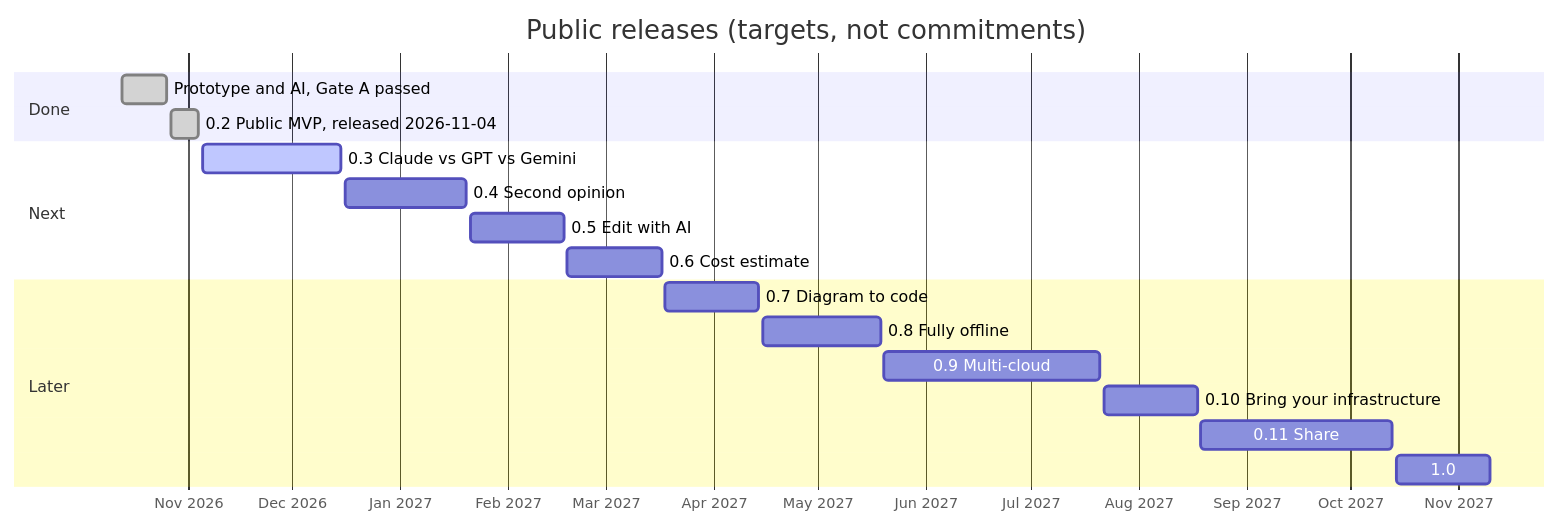
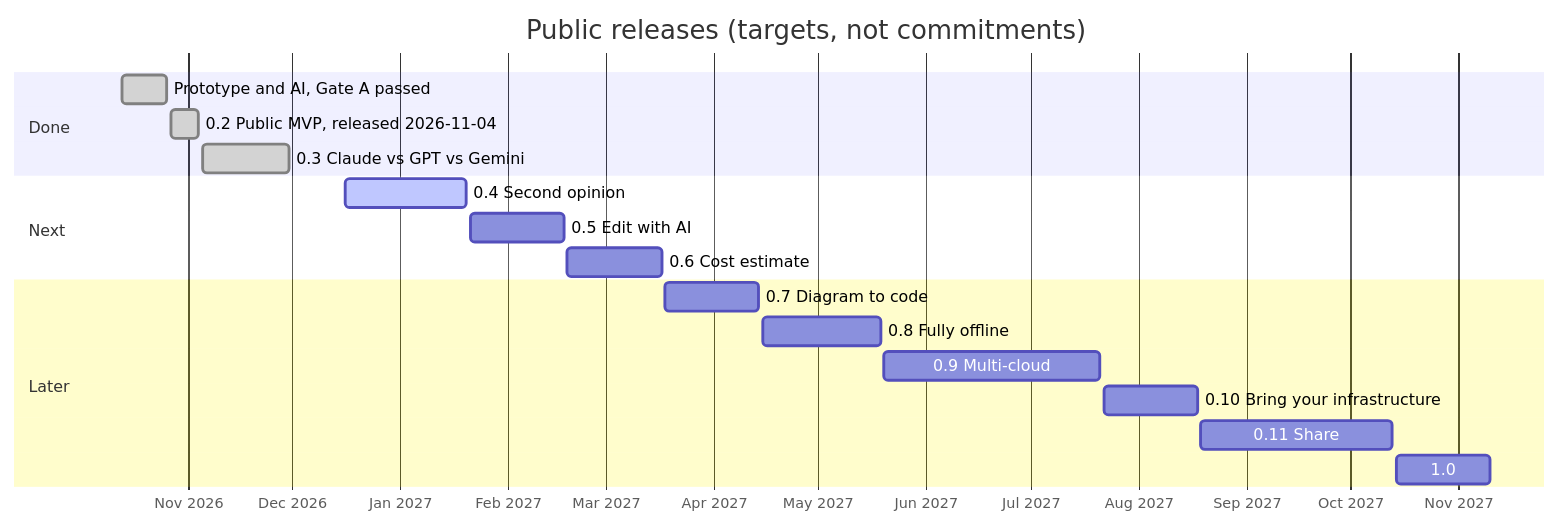
The diagram in docs/product/roadmap.md (aliaksandr-liapin/cloudarchitect-lite), drawn with Mermaid before and after one commit. The commit also changed other lines of this file and 16 other files, not shown here.

````diff
--- a/docs/product/roadmap.md
+++ b/docs/product/roadmap.md
@@ -22,22 +22,22 @@
 ```mermaid
 gantt
     title Public releases (targets, not commitments)
     dateFormat YYYY-MM-DD
     axisFormat %b %Y
     tickInterval 1month
     section Done
     Prototype and AI, Gate A passed      :done,   p02, 2026-10-13, 2026-10-26
     0.2 Public MVP, released 2026-11-04  :done,   r02, 2026-10-27, 2026-11-04
+    0.3 Claude vs GPT vs Gemini          :done,   r03, 2026-11-05, 2026-11-30
     section Next
-    0.3 Claude vs GPT vs Gemini          :active, r03, 2026-11-05, 2026-12-15
-    0.4 Second opinion                   :        r04, 2026-12-16, 2027-01-20
+    0.4 Second opinion                   :active, r04, 2026-12-16, 2027-01-20
     0.5 Edit with AI                     :        r05, 2027-01-21, 2027-02-17
     0.6 Cost estimate                    :        r06, 2027-02-18, 2027-03-17
     section Later
     0.7 Diagram to code                  :        r07, 2027-03-18, 2027-04-14
     0.8 Fully offline                    :        r08, 2027-04-15, 2027-05-19
     0.9 Multi-cloud                      :        r09, 2027-05-20, 2027-07-21
     0.10 Bring your infrastructure       :        r10, 2027-07-22, 2027-08-18
     0.11 Share                           :        r11, 2027-08-19, 2027-10-13
     1.0                                  :        r1,  2027-10-14, 2027-11-10
 ```
````
